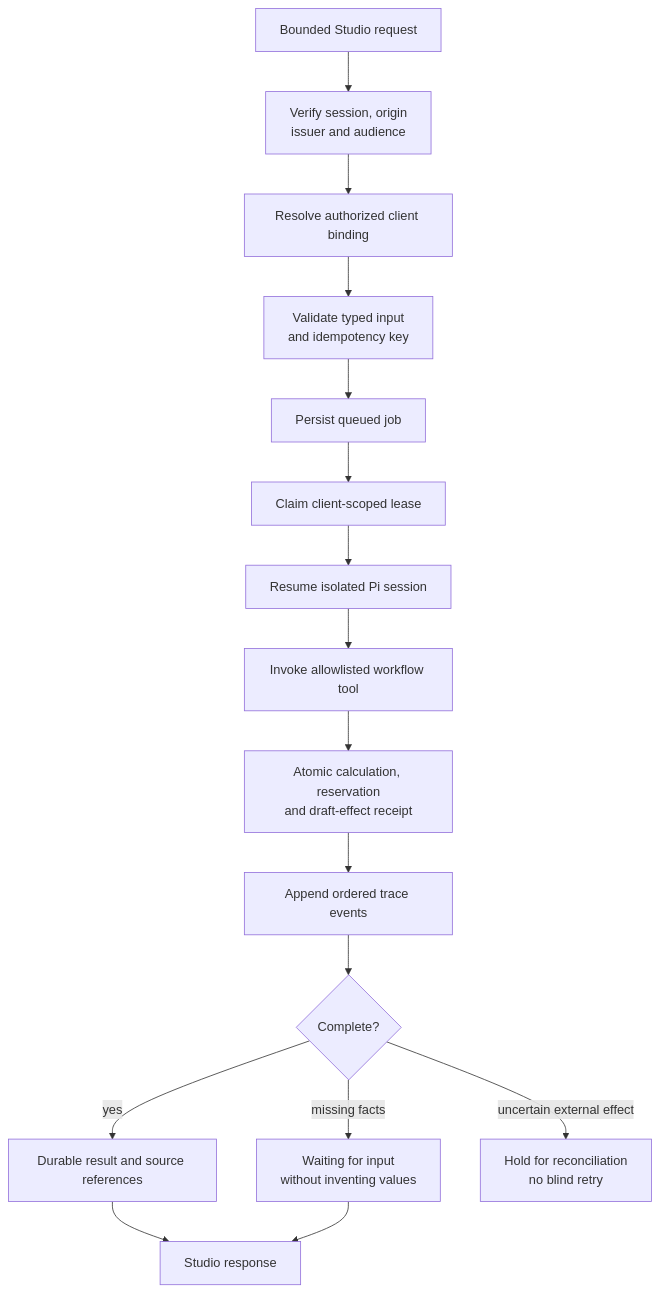
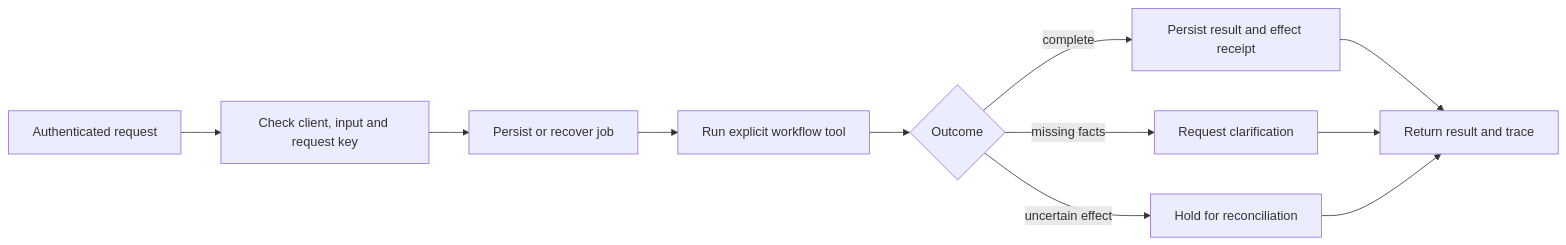
The third of 4 diagrams in README.md (rickhallett/oceanheart), drawn with Mermaid before and after one commit. The commit also changed other lines of this file, not shown here.

Commit message:
Frame Studio around supported client workflow delivery

````diff
--- a/README.md
+++ b/README.md
@@ -64,18 +78,13 @@
 ```mermaid
-flowchart TD
-    Request[Bounded Studio request] --> Auth[Verify session, origin<br/>issuer and audience]
-    Auth --> Resolve[Resolve authorized client binding]
-    Resolve --> Validate[Validate typed input<br/>and idempotency key]
-    Validate --> Persist[Persist queued job]
-    Persist --> Claim[Claim client-scoped lease]
-    Claim --> Pi[Resume isolated Pi session]
-    Pi --> Tool[Invoke allowlisted workflow tool]
-    Tool --> Transaction[Atomic calculation, reservation<br/>and draft-effect receipt]
-    Transaction --> Trace[Append ordered trace events]
-    Trace --> Result{Complete?}
-    Result -->|yes| Success[Durable result and source references]
-    Result -->|missing facts| Question[Waiting for input<br/>without inventing values]
-    Result -->|uncertain external effect| Hold[Hold for reconciliation<br/>no blind retry]
-    Success --> Response[Studio response]
-    Question --> Response
+flowchart LR
+    Request[Authenticated request] --> Validate[Check client, input and request key]
+    Validate --> Job[Persist or recover job]
+    Job --> Tool[Run explicit workflow tool]
+    Tool --> Outcome{Outcome}
+    Outcome -->|complete| Receipt[Persist result and effect receipt]
+    Outcome -->|missing facts| Input[Request clarification]
+    Outcome -->|uncertain effect| Hold[Hold for reconciliation]
+    Receipt --> Response[Return result and trace]
+    Input --> Response
+    Hold --> Response
 ```
````
